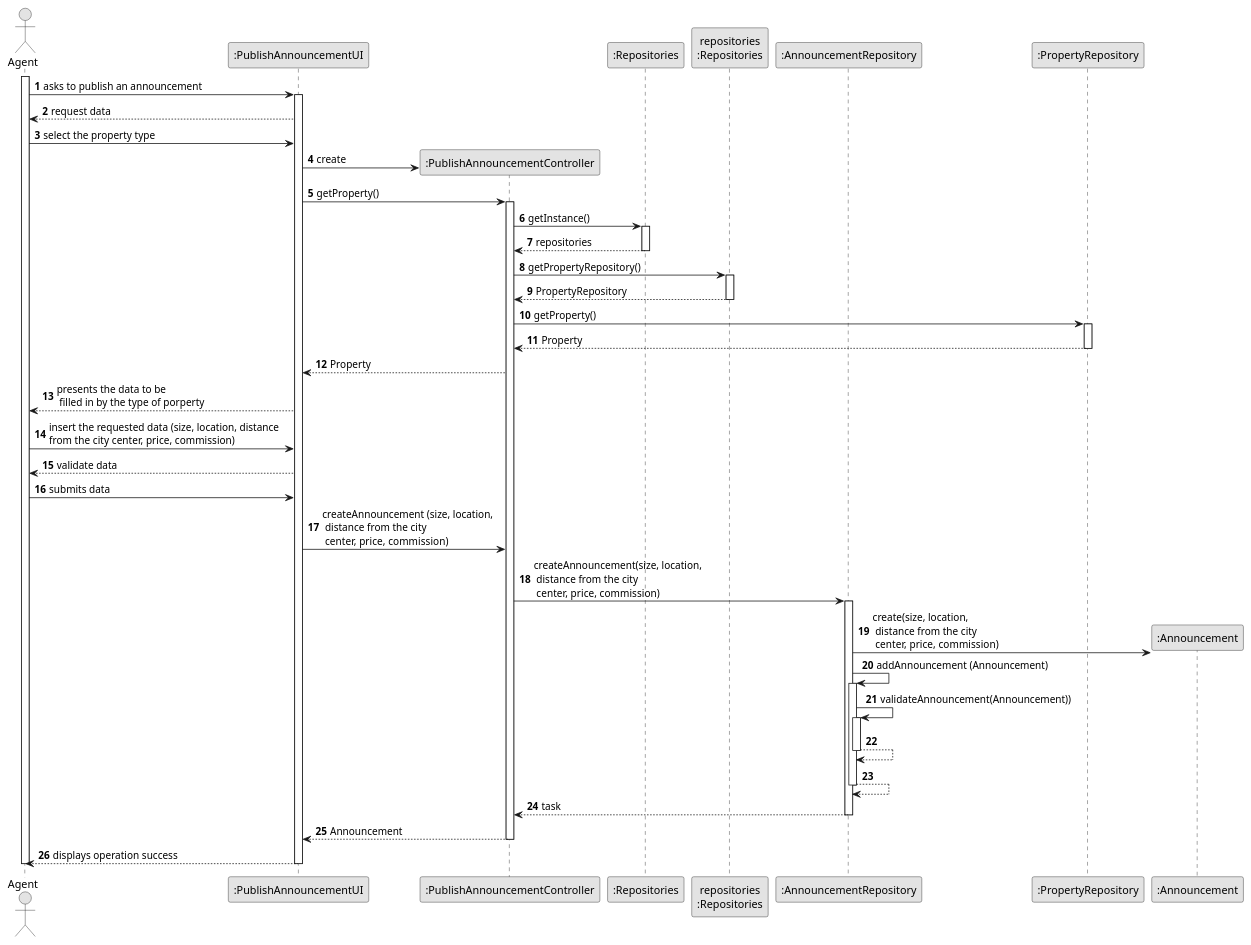
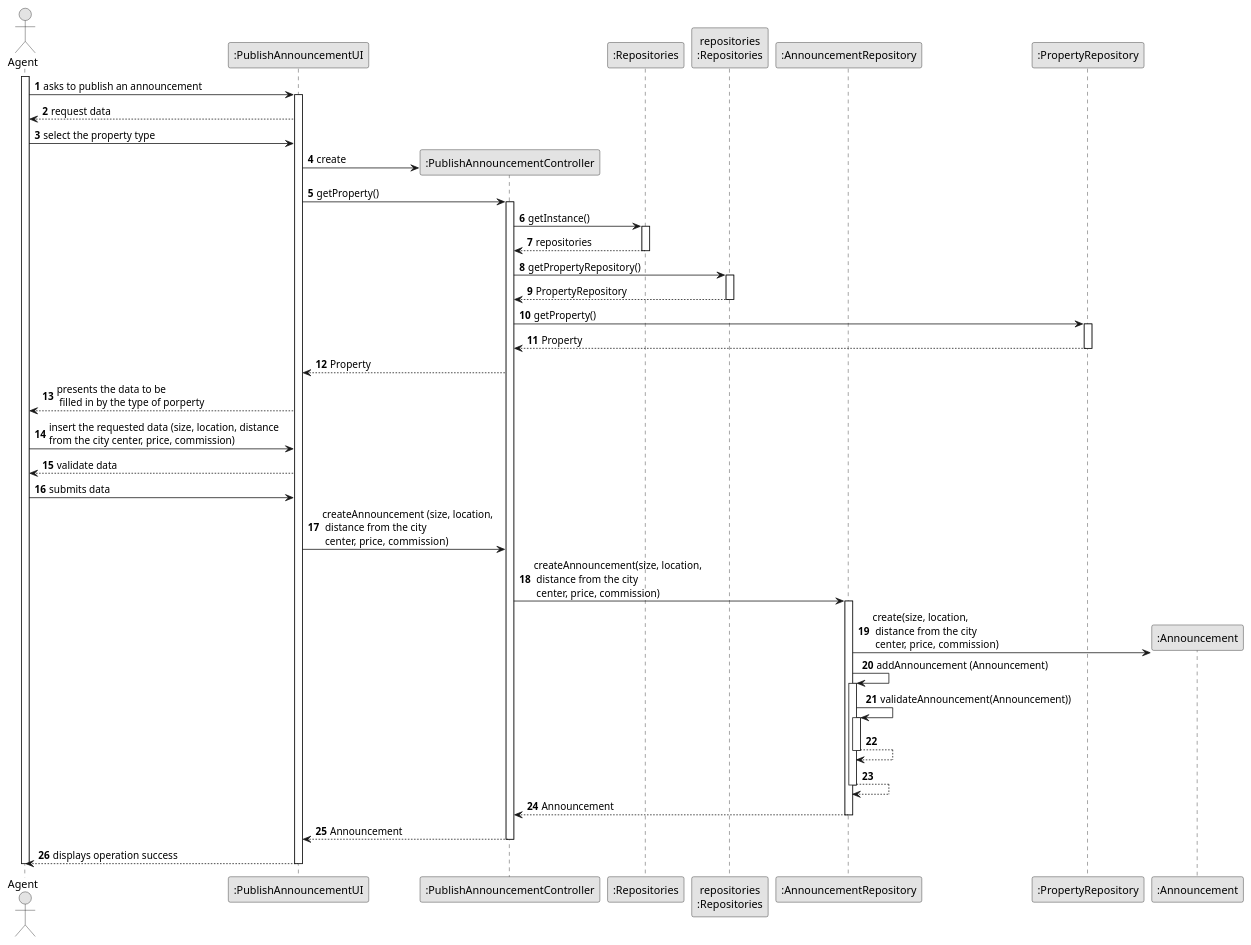
Before and after one commit to tiagohcorreia/LAPR2: the diagram in docs/sprintB/US002/03.design/puml/US2_SD.puml, drawn with PlantUML. The commit also changed 1 other file, not shown here.

```diff
--- a/docs/sprintB/US002/03.design/puml/US2_SD.puml
+++ b/docs/sprintB/US002/03.design/puml/US2_SD.puml
@@ -1,92 +1,92 @@
 @startuml
 skinparam monochrome true
 skinparam packageStyle rectangle
 skinparam shadowing false
 
 autonumber
 
 'hide footbox
 actor "Agent" as AG
 participant ":PublishAnnouncementUI" as UI
 participant ":PublishAnnouncementController" as CTRL
 participant ":Repositories" as RepositorySingleton
 participant "repositories\n:Repositories" as REP
 participant ":AnnouncementRepository" as AnnouncementREP
 participant ":PropertyRepository" as PropertyREP
 participant ":Announcement" as Announcement
 
 activate AG
 
         AG -> UI : asks to publish an announcement
         activate UI
 
         UI --> AG : request data
 
         AG -> UI : select the property type
 
                UI -> CTRL** : create
 
                UI -> CTRL : getProperty()
 
                  activate CTRL
 
                   CTRL -> RepositorySingleton : getInstance()
                   activate RepositorySingleton
 
                   RepositorySingleton --> CTRL: repositories
                   deactivate RepositorySingleton
 
                    CTRL -> REP : getPropertyRepository()
                        activate REP
 
                         REP --> CTRL: PropertyRepository
                           deactivate REP
 
                            CTRL -> PropertyREP : getProperty()
                              activate PropertyREP
 
                                PropertyREP --> CTRL: Property
                                  deactivate PropertyREP
 
 
                    CTRL --> UI : Property
 
                    UI --> AG : presents the data to be\n filled in by the type of porperty
 
                    AG -> UI : insert the requested data (size, location, distance \nfrom the city center, price, commission)
 
                    UI --> AG : validate data
 
                    AG -> UI : submits data
 
                    UI -> CTRL : createAnnouncement (size, location,\n distance from the city \n center, price, commission)
 
                 CTRL -> AnnouncementREP: createAnnouncement(size, location,\n distance from the city \n center, price, commission)
             activate AnnouncementREP
 
                 AnnouncementREP -> Announcement**: create(size, location,\n distance from the city \n center, price, commission)
                 AnnouncementREP -> AnnouncementREP: addAnnouncement (Announcement)
 
 
                 activate AnnouncementREP
                     AnnouncementREP -> AnnouncementREP: validateAnnouncement(Announcement))
                     activate AnnouncementREP
                         AnnouncementREP --> AnnouncementREP
                     deactivate AnnouncementREP
 
                     AnnouncementREP --> AnnouncementREP
                 deactivate AnnouncementREP
 
-                AnnouncementREP --> CTRL : task
+                AnnouncementREP --> CTRL : Announcement
 
                 deactivate AnnouncementREP
 
                             CTRL --> UI: Announcement
                             deactivate CTRL
                             UI --> AG: displays operation success
                     deactivate UI
 
                 deactivate AG
 
 
           @enduml
```
